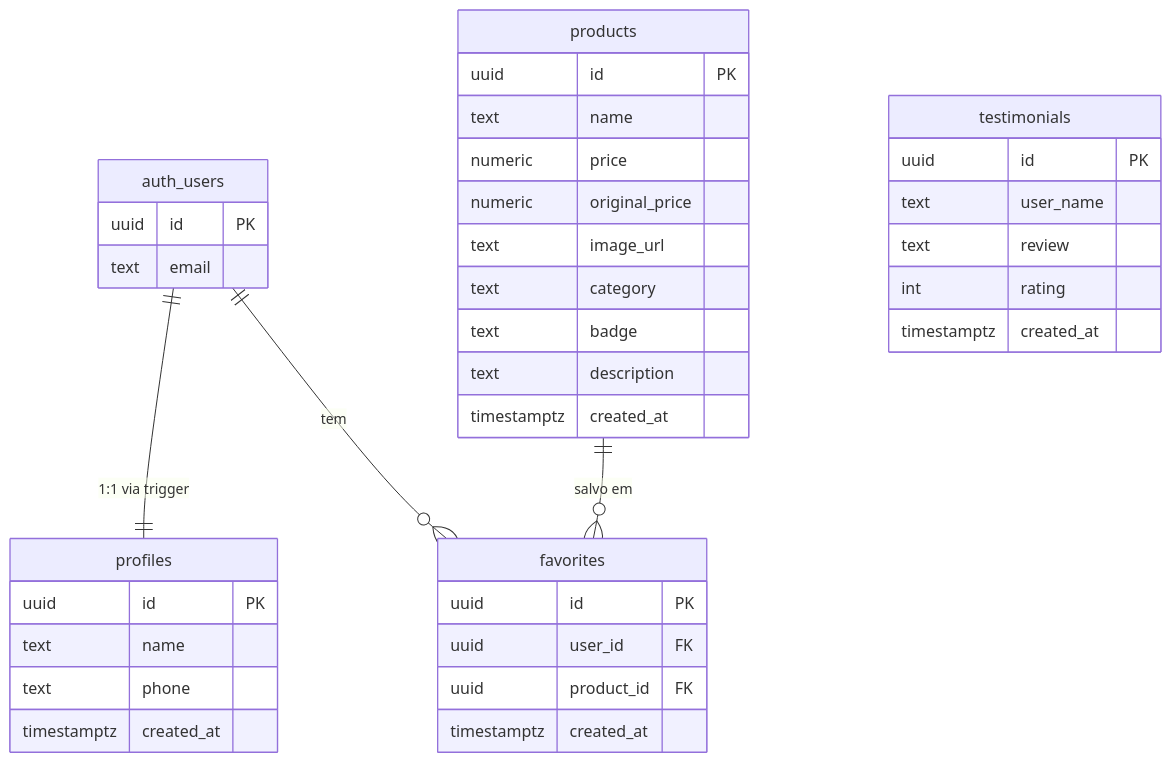
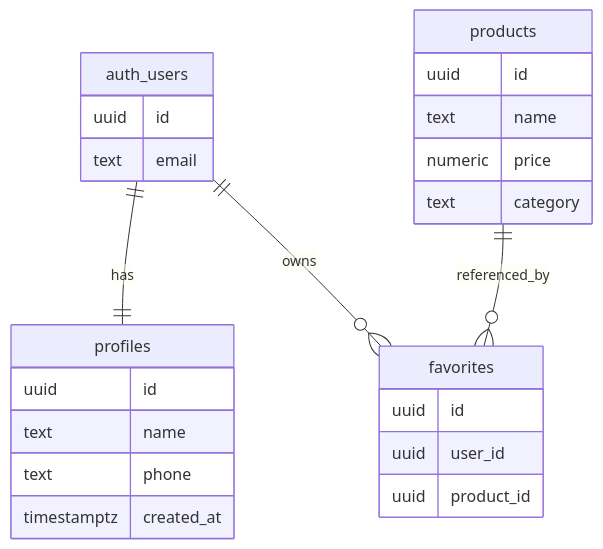
Before and after one commit to Isllanrx/aurora-jewel-app: the second of 3 diagrams in README.md, drawn with Mermaid. The commit also changed other lines of this file, not shown here.

Commit message:
docs: update text

````diff
--- a/README.md
+++ b/README.md
@@ -83,41 +71,31 @@
 ```mermaid
 erDiagram
     auth_users {
-        uuid id PK
+        uuid id
         text email
     }
+
     profiles {
-        uuid id PK
+        uuid id
         text name
         text phone
         timestamptz created_at
     }
+
     products {
-        uuid id PK
+        uuid id
         text name
         numeric price
-        numeric original_price
-        text image_url
         text category
-        text badge
-        text description
-        timestamptz created_at
-    }
-    favorites {
-        uuid id PK
-        uuid user_id FK
-        uuid product_id FK
-        timestamptz created_at
-    }
-    testimonials {
-        uuid id PK
-        text user_name
-        text review
-        int rating
-        timestamptz created_at
     }
 
-    auth_users ||--|| profiles    : "1:1 via trigger"
-    auth_users ||--o{ favorites   : "tem"
-    products   ||--o{ favorites   : "salvo em"
+    favorites {
+        uuid id
+        uuid user_id
+        uuid product_id
+    }
+
+    auth_users ||--|| profiles : has
+    auth_users ||--o{ favorites : owns
+    products ||--o{ favorites : referenced_by
 ```
````
